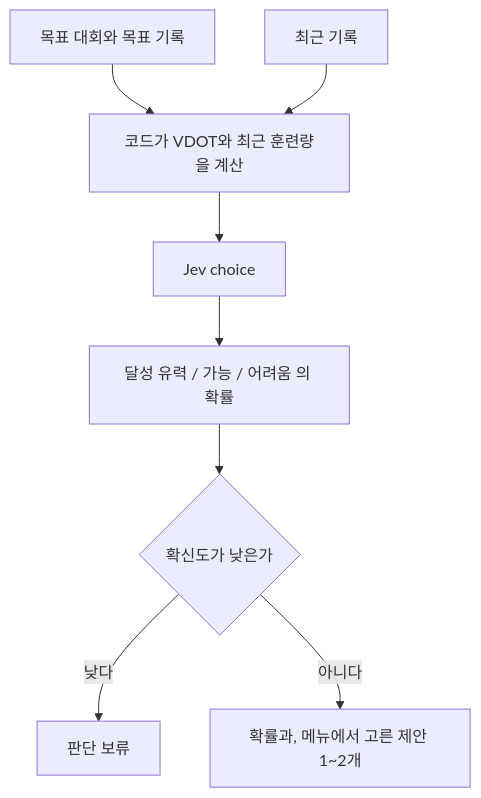
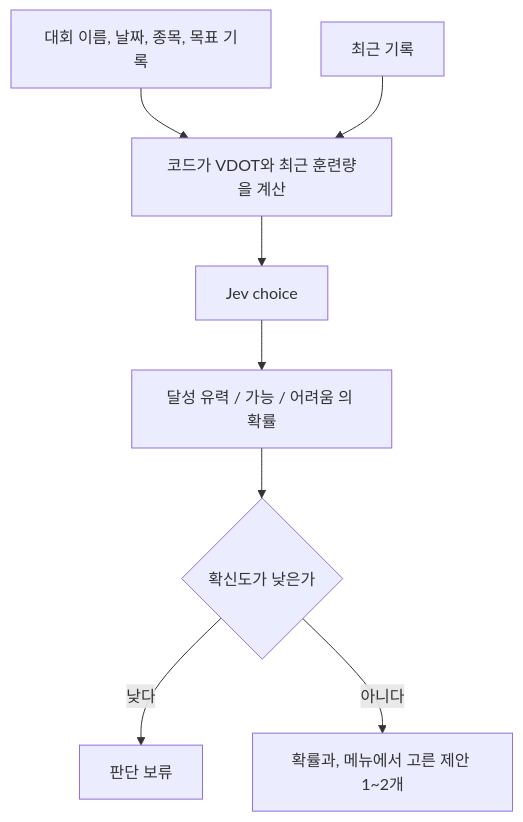
The diagram in docs/v4/features/goal.md (BeomhyunPark/hoohaa), drawn with Mermaid before and after one commit. The commit also changed other lines of this file and 7 other files, not shown here.

````diff
--- a/docs/v4/features/goal.md
+++ b/docs/v4/features/goal.md
@@ -21,10 +39,10 @@
 ```mermaid
 flowchart TD
-  goal["목표 대회와 목표 기록"] --> math["코드가 VDOT와 최근 훈련량을 계산"]
+  goal["대회 이름, 날짜, 종목, 목표 기록"] --> math["코드가 VDOT와 최근 훈련량을 계산"]
   runs["최근 기록"] --> math
   math --> jev["Jev choice"]
   jev --> p["달성 유력 / 가능 / 어려움 의 확률"]
   p --> gate{"확신도가 낮은가"}
   gate -->|낮다| hold["판단 보류"]
   gate -->|아니다| show["확률과, 메뉴에서 고른 제안 1~2개"]
 ```
````
